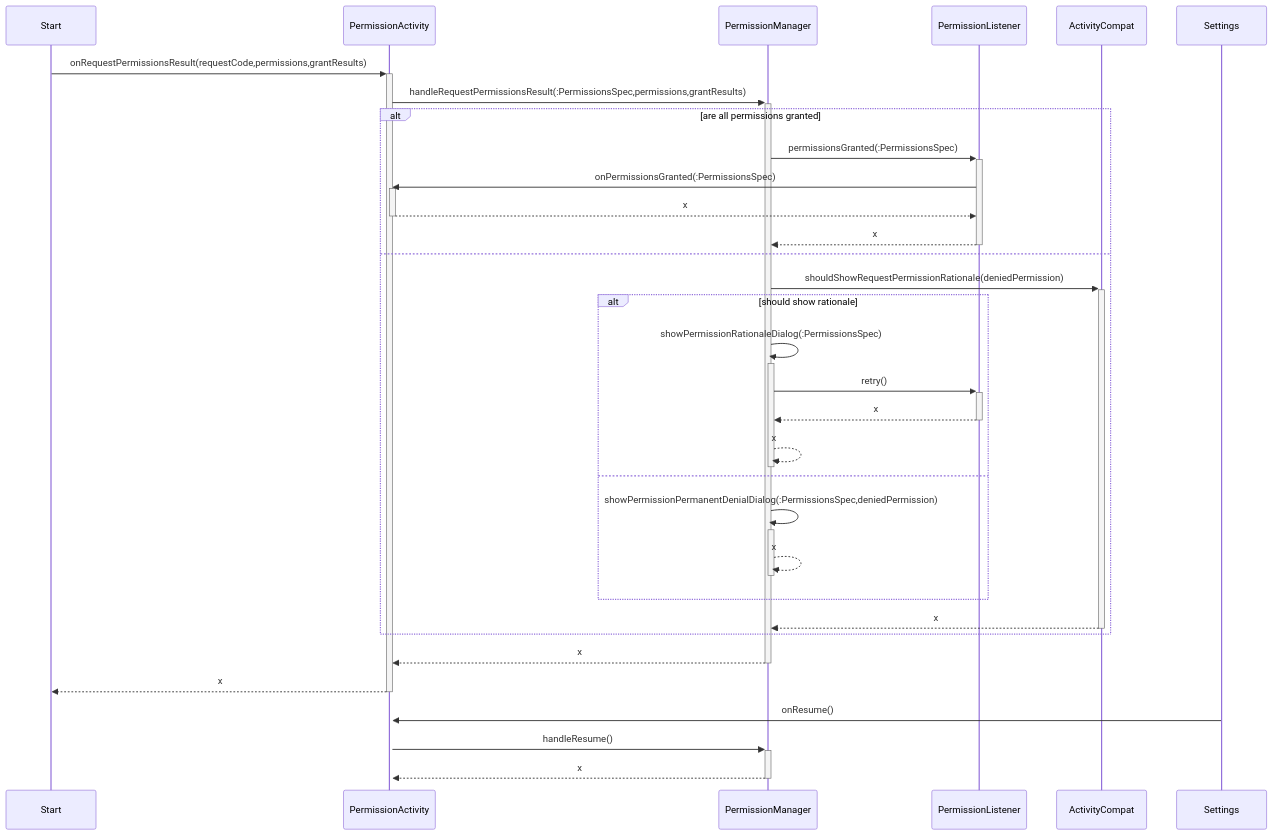
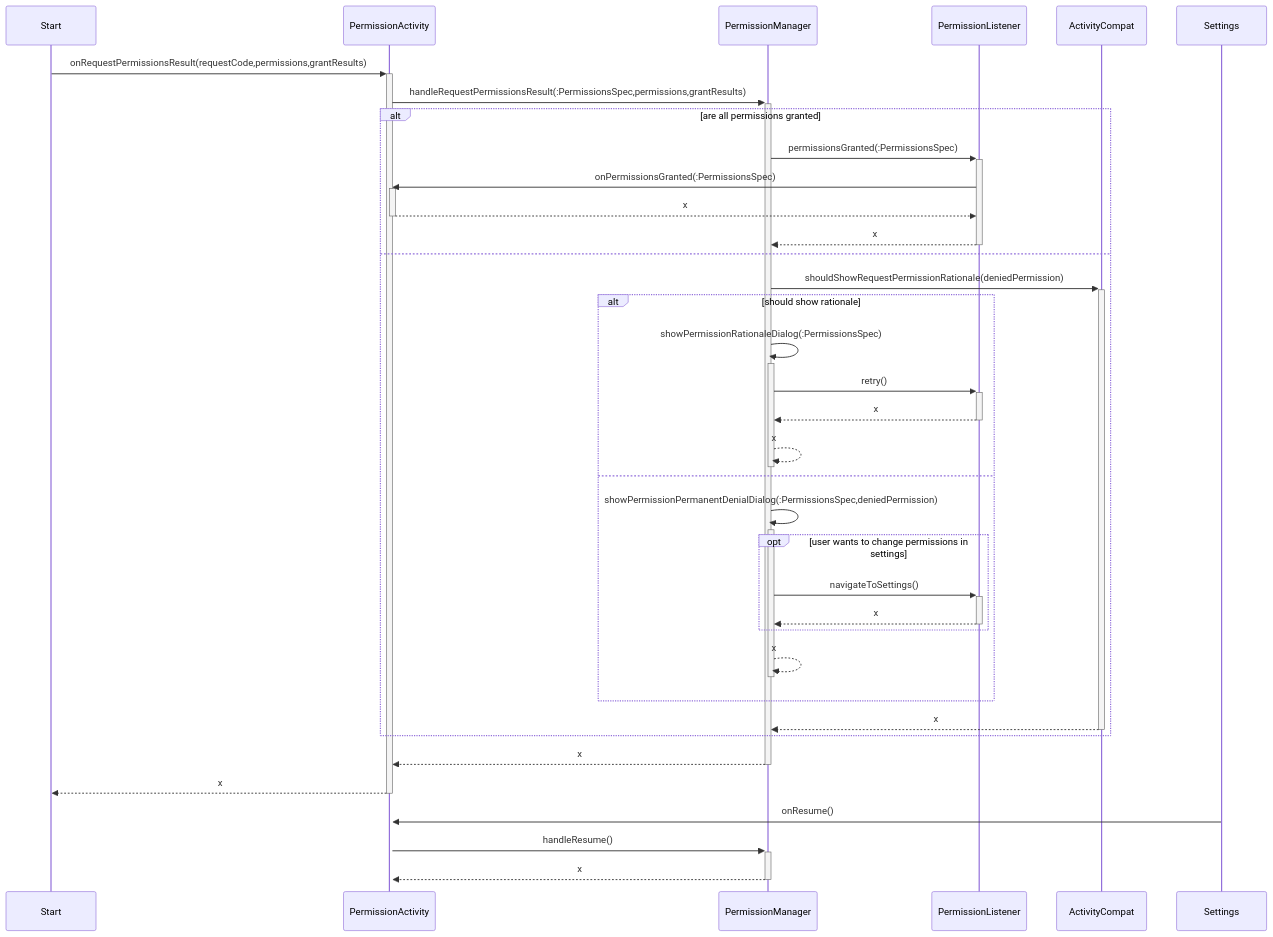
One commit to mjureczko/maly-poszukiwacz-skarbow changed the diagram in development.mmd. Above: the diagram before and after it, drawn with Mermaid.

```diff
--- a/development.mmd
+++ b/development.mmd
@@ -1,26 +1,30 @@
 sequenceDiagram
     Start ->>+ PermissionActivity: onRequestPermissionsResult(requestCode,permissions,grantResults)
     PermissionActivity ->>+ PermissionManager: handleRequestPermissionsResult(:PermissionsSpec,permissions,grantResults)
     alt are all permissions granted
         PermissionManager ->>+ PermissionListener: permissionsGranted(:PermissionsSpec)
         PermissionListener ->>+ PermissionActivity: onPermissionsGranted(:PermissionsSpec)
         PermissionActivity -->>- PermissionListener: x
         PermissionListener -->>- PermissionManager: x
     else
         PermissionManager ->>+ ActivityCompat: shouldShowRequestPermissionRationale(deniedPermission)
         alt should show rationale
             PermissionManager ->>+ PermissionManager: showPermissionRationaleDialog(:PermissionsSpec)
             PermissionManager ->>+  PermissionListener: retry()
             PermissionListener -->>- PermissionManager: x
             PermissionManager -->>- PermissionManager: x
         else
             PermissionManager ->>+ PermissionManager: showPermissionPermanentDenialDialog(:PermissionsSpec,deniedPermission)
+            opt user wants to change permissions in settings
+                PermissionManager ->>+ PermissionListener: navigateToSettings()
+                PermissionListener -->>- PermissionManager: x
+            end
             PermissionManager -->>- PermissionManager: x
         end
         ActivityCompat -->>- PermissionManager: x
     end
     PermissionManager -->>- PermissionActivity: x
     PermissionActivity -->>- Start: x
     Settings ->>+ PermissionActivity: onResume()
     PermissionActivity ->>+ PermissionManager: handleResume()
     PermissionManager -->>- PermissionActivity: x
```
